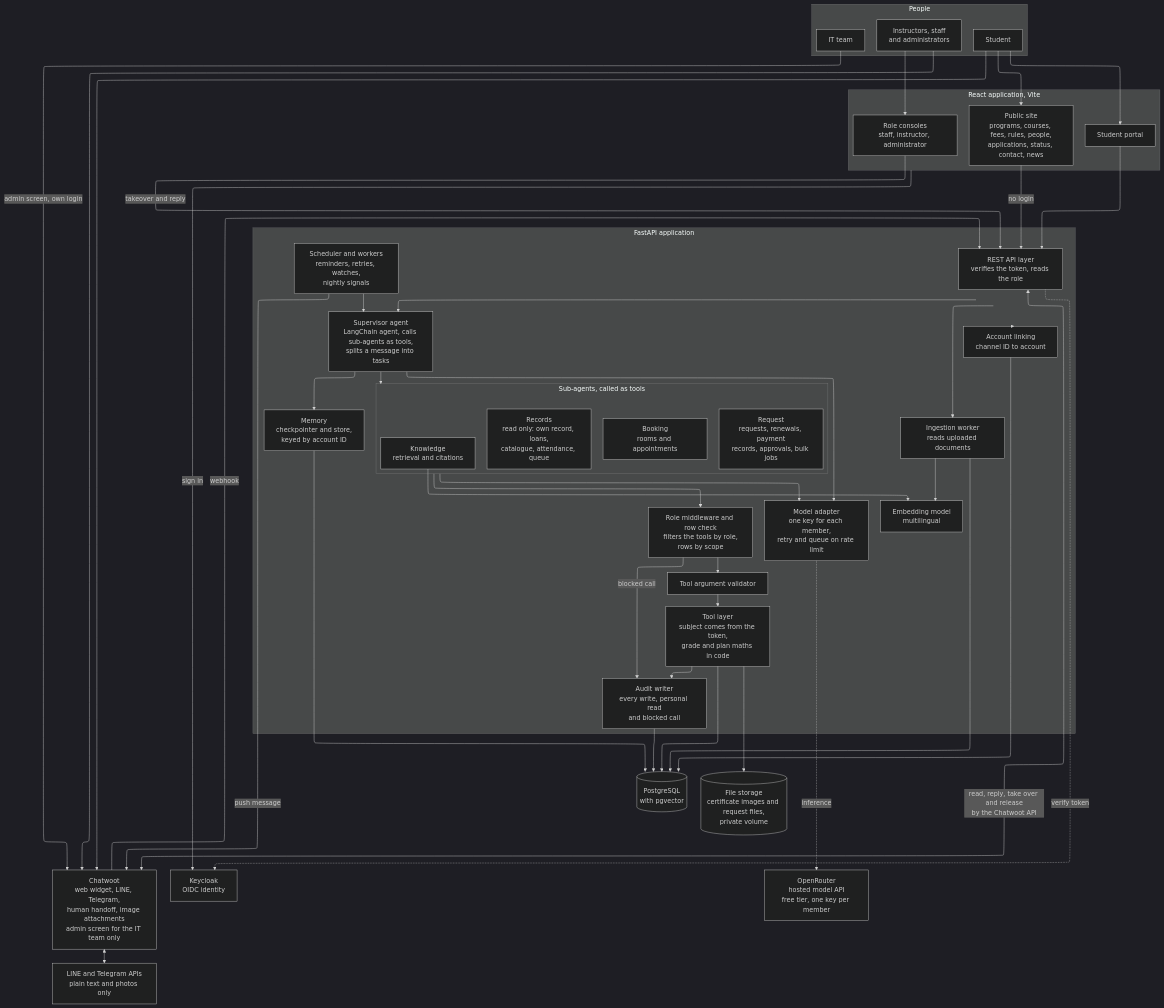
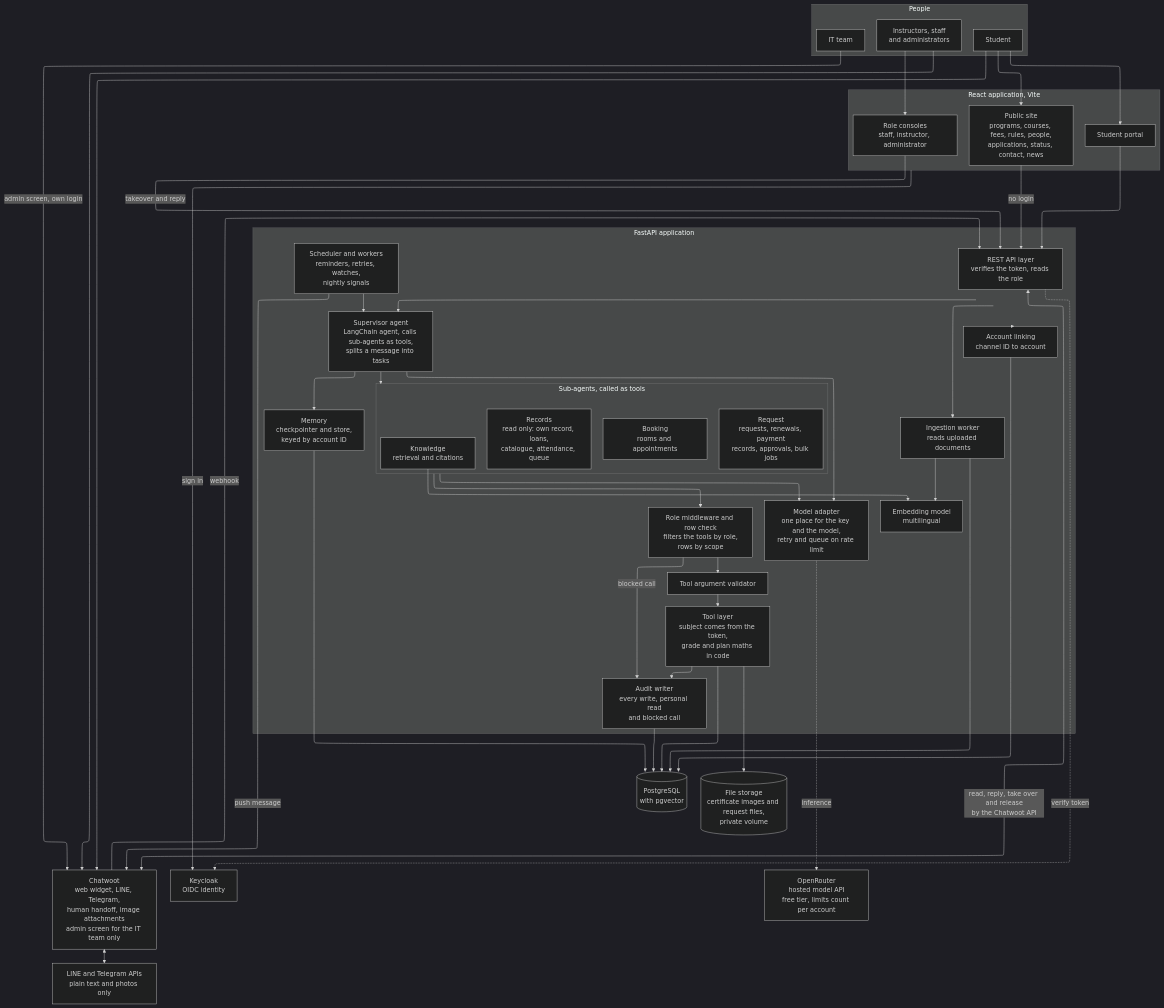
Before and after one commit to SaiWaiYanLynn/smart-university-website: the first of 11 diagrams in design/diagrams/diagrams-source.md, drawn with Mermaid (dark theme). The commit also changed other lines of this file and 9 other files, not shown here.

Commit message:
Align feasibility v3, diagrams and notes with the extended scope

```diff
--- a/design/diagrams/diagrams-source.md
+++ b/design/diagrams/diagrams-source.md
@@ -54,13 +54,13 @@
     AUD["Audit writer<br/>every write, personal read<br/>and blocked call"]
     ING["Ingestion worker<br/>reads uploaded documents"]
     EMB["Embedding model<br/>multilingual"]
-    LLM["Model adapter<br/>one key for each member,<br/>retry and queue on rate limit"]
+    LLM["Model adapter<br/>one place for the key and the model,<br/>retry and queue on rate limit"]
   end
 
   PG[("PostgreSQL<br/>with pgvector")]
   FS[("File storage<br/>certificate images and request files,<br/>private volume")]
   KC["Keycloak<br/>OIDC identity"]
-  OR["OpenRouter<br/>hosted model API<br/>free tier, one key per member"]
+  OR["OpenRouter<br/>hosted model API<br/>free tier, limits count per account"]
 
   STU --> PUB
   STU --> POR
```
